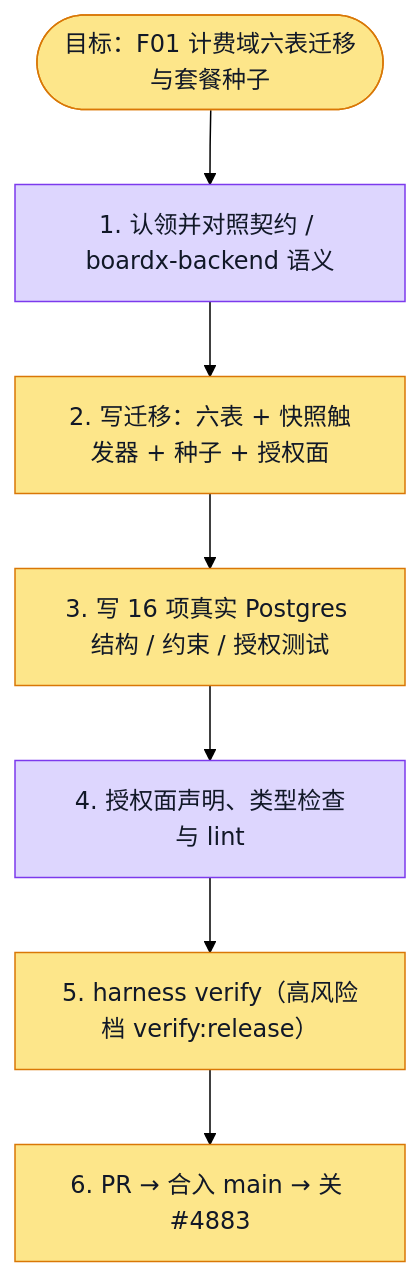
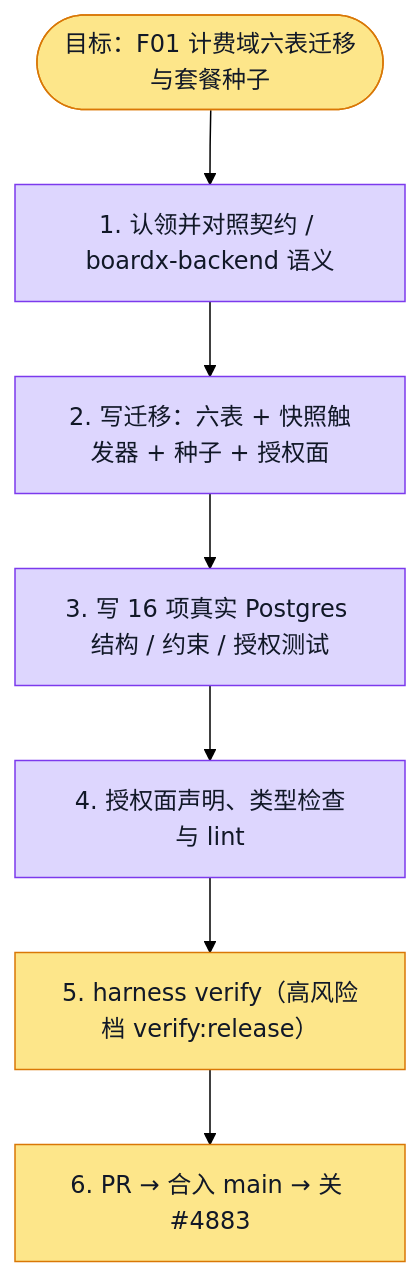
Before and after one commit to boardx/workspacex: the diagram in phases/phase-21-billing-payment/sprints/sprint-01/plans/F01.plan.md, drawn with Mermaid (forest theme). The commit also changed 8 other files, not shown here.

Commit message:
test(billing): record corrected event deduplication evidence

````diff
--- a/phases/phase-21-billing-payment/sprints/sprint-01/plans/F01.plan.md
+++ b/phases/phase-21-billing-payment/sprints/sprint-01/plans/F01.plan.md
@@ -20,29 +20,31 @@
 ```mermaid
 flowchart TD
   G([目标：F01 计费域六表迁移与套餐种子])
   S1[1. 认领并对照契约 / boardx-backend 语义]
   S2[2. 写迁移：六表 + 快照触发器 + 种子 + 授权面]
   S3[3. 写 16 项真实 Postgres 结构 / 约束 / 授权测试]
   S4[4. 授权面声明、类型检查与 lint]
   S5[5. harness verify（高风险档 verify:release）]
   S6[6. PR → 合入 main → 关 #4883]
 
   G --> S1 --> S2 --> S3 --> S4 --> S5 --> S6
 
   classDef todo fill:#e5e7eb,stroke:#6b7280,color:#111827
   classDef doing fill:#fde68a,stroke:#d97706,color:#111827
   classDef done fill:#bbf7d0,stroke:#16a34a,color:#111827
   classDef tested fill:#ddd6fe,stroke:#7c3aed,color:#111827
   classDef blocked fill:#fecaca,stroke:#dc2626,color:#111827
 
   class G doing
   class S1 tested
   %% evidence S1: 独立exact SHA审查ACCEPT执行head9cf0252e2，owner为coord-voice，scope仅F01，官方verify退出0。
-  class S2 doing
-  class S3 doing
+  class S2 tested
+  %% evidence S2: 返工 cef2c6254：全局 provider_event_id 唯一；官方 backfill 新隔离 PostgreSQL 16/16，F01.verify.log
+  class S3 tested
+  %% evidence S3: F01.event-id-red.log 单一跨渠道反例失败；修复后 F01.verify.log 16/16通过，Stripe空order_no正例通过
   class S4 tested
-  %% evidence S4: 2026-10-10：pnpm --filter @repo/api run lint 退出0；pnpm --filter @repo/api run typecheck 退出0
+  %% evidence S4: 返工后 API lint/typecheck 退出0：F01.review-lint.log、F01.review-typecheck.log
   class S5 doing
   %% doing S5: 2026-10-11 已实际确认 #5585 合入并 rebase main f5a4d9ab9；第三次官方 verify 运行中，专项通过，全量结果待返回
   class S6 doing
 ```
````
